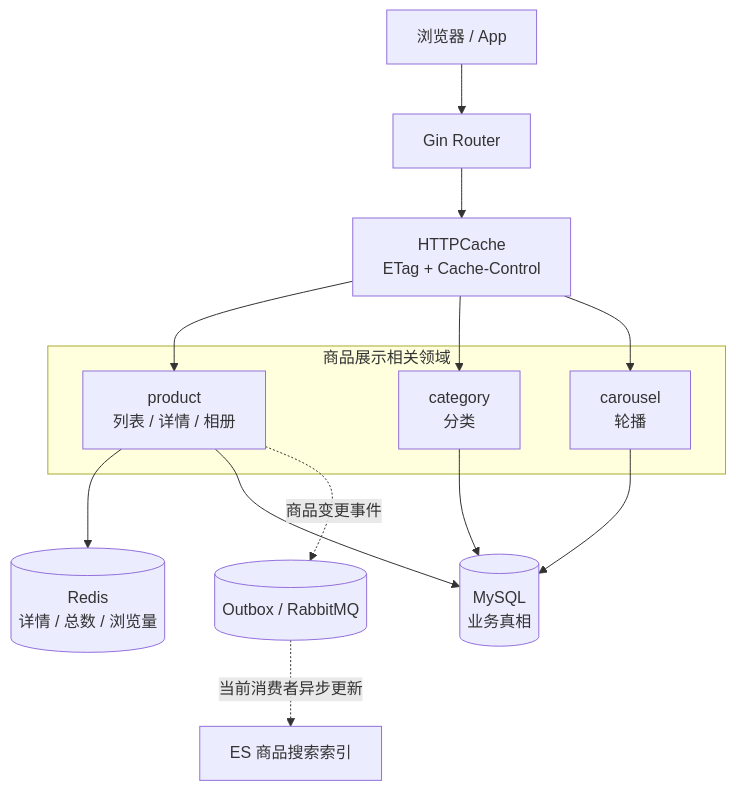
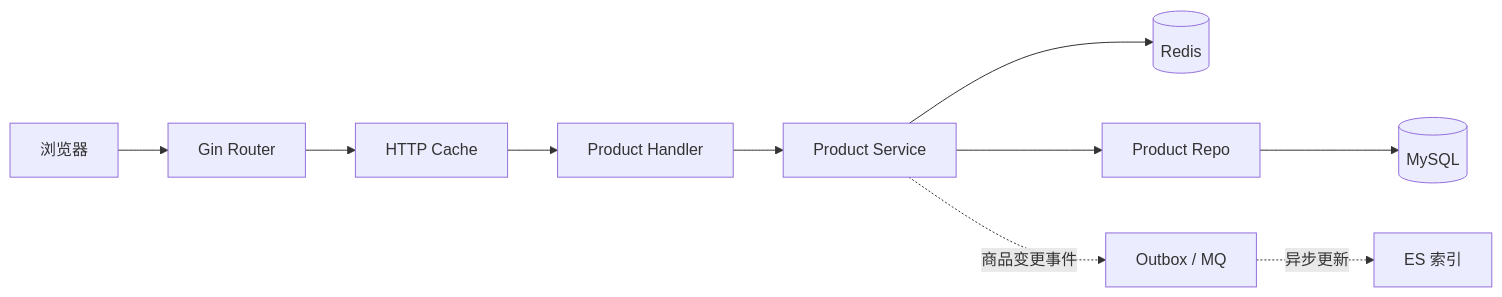
The first of 3 diagrams in docs/lecture/02-product-display.md (RedInn7/gomall), drawn with Mermaid before and after one commit. The commit also changed other lines of this file, not shown here.

````diff
--- a/docs/lecture/02-product-display.md
+++ b/docs/lecture/02-product-display.md
@@ -99,27 +94,12 @@
 ```mermaid
-flowchart TB
-    client[浏览器 / App]
-    router[Gin Router]
-    httpcache[HTTPCache<br/>ETag + Cache-Control]
-
-    subgraph domains[商品展示相关领域]
-        product[product<br/>列表 / 详情 / 相册]
-        category[category<br/>分类]
-        carousel[carousel<br/>轮播]
-    end
-
-    redis[(Redis<br/>详情 / 总数 / 浏览量)]
-    mysql[(MySQL<br/>业务真相)]
-    outbox[(Outbox / RabbitMQ)]
-    search[ES 商品搜索索引]
-
-    client --> router --> httpcache
-    httpcache --> product
-    httpcache --> category
-    httpcache --> carousel
-    product --> redis
-    product --> mysql
-    category --> mysql
-    carousel --> mysql
-    product -.商品变更事件.-> outbox -.当前消费者异步更新.-> search
+flowchart LR
+    B[浏览器] --> R[Gin Router]
+    R --> H[HTTP Cache]
+    H --> P[Product Handler]
+    P --> S[Product Service]
+    S --> C[(Redis)]
+    S --> D[Product Repo]
+    D --> M[(MySQL)]
+    S -.商品变更事件.-> O[Outbox / MQ]
+    O -.异步更新.-> E[ES 索引]
 ```
````
